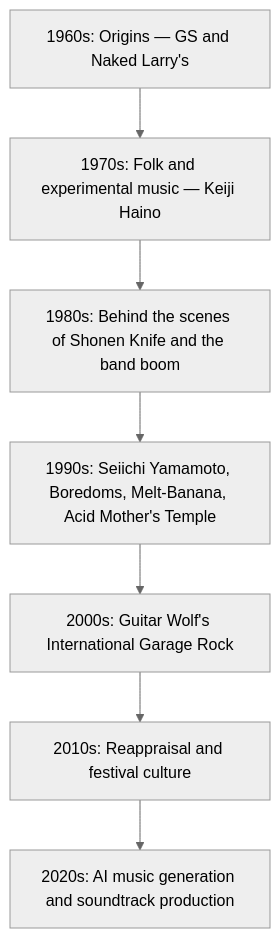
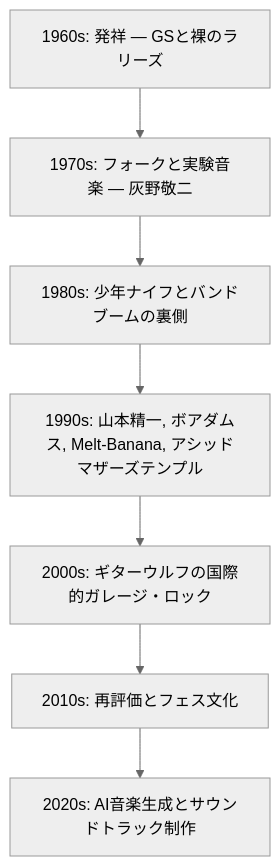
One commit to monumental-movement/monumental-movement.github.io changed the diagram in en/_posts/2025-09-25-Column-Japanese-Mainstream-Underground-Rock.md. Above: the diagram before and after it, drawn with Mermaid (neutral theme). The commit also changed other lines of this file and 775 other files, not shown here.

```diff
--- a/en/_posts/2025-09-25-Column-Japanese-Mainstream-Underground-Rock.md
+++ b/en/_posts/2025-09-25-Column-Japanese-Mainstream-Underground-Rock.md
@@ -86,9 +86,9 @@
 <div class="mermaid">
 flowchart TD
-    A["1960s: Origins — GS and Naked Larry's"] --> B["1970s: Folk and experimental music — Keiji Haino"]
-    B --> C["1980s: Behind the scenes of Shonen Knife and the band boom"]
-    C --> D["1990s: Seiichi Yamamoto, Boredoms, Melt-Banana, Acid Mother's Temple"]
-    D --> E["2000s: Guitar Wolf's International Garage Rock"]
-    E --> F["2010s: Reappraisal and festival culture"]
-    F --> G["2020s: AI music generation and soundtrack production"]
+    A["1960s: 発祥 — GSと裸のラリーズ"] --> B["1970s: フォークと実験音楽 — 灰野敬二"]
+    B --> C["1980s: 少年ナイフとバンドブームの裏側"]
+    C --> D["1990s: 山本精一, ボアダムス, Melt-Banana, アシッドマザーズテンプル"]
+    D --> E["2000s: ギターウルフの国際的ガレージ・ロック"]
+    E --> F["2010s: 再評価とフェス文化"]
+    F --> G["2020s: AI音楽生成とサウンドトラック制作"]
 </div>
```
